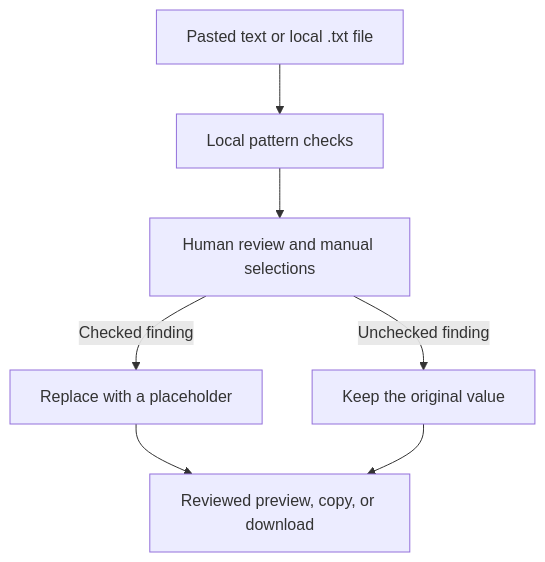
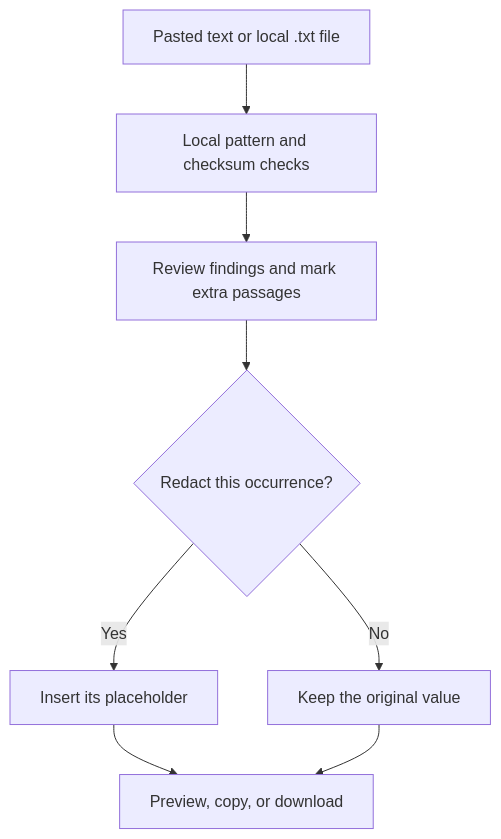
The diagram in README.md (lubaba1513-pixel/file-privacy-checker), drawn with Mermaid before and after one commit. The commit also changed other lines of this file, not shown here.

````diff
--- a/README.md
+++ b/README.md
@@ -89,9 +95,10 @@
 ```mermaid
 flowchart TB
-    A["Pasted text or local .txt file"] --> B["Local pattern checks"]
-    B --> C["Human review and manual selections"]
-    C -->|Checked finding| D["Replace with a placeholder"]
-    C -->|Unchecked finding| E["Keep the original value"]
-    D --> F["Reviewed preview, copy, or download"]
-    E --> F
+    A["Pasted text or local .txt file"] --> B["Local pattern and checksum checks"]
+    B --> C["Review findings and mark extra passages"]
+    C --> D{"Redact this occurrence?"}
+    D -->|Yes| E["Insert its placeholder"]
+    D -->|No| F["Keep the original value"]
+    E --> G["Preview, copy, or download"]
+    F --> G
 ```
````
